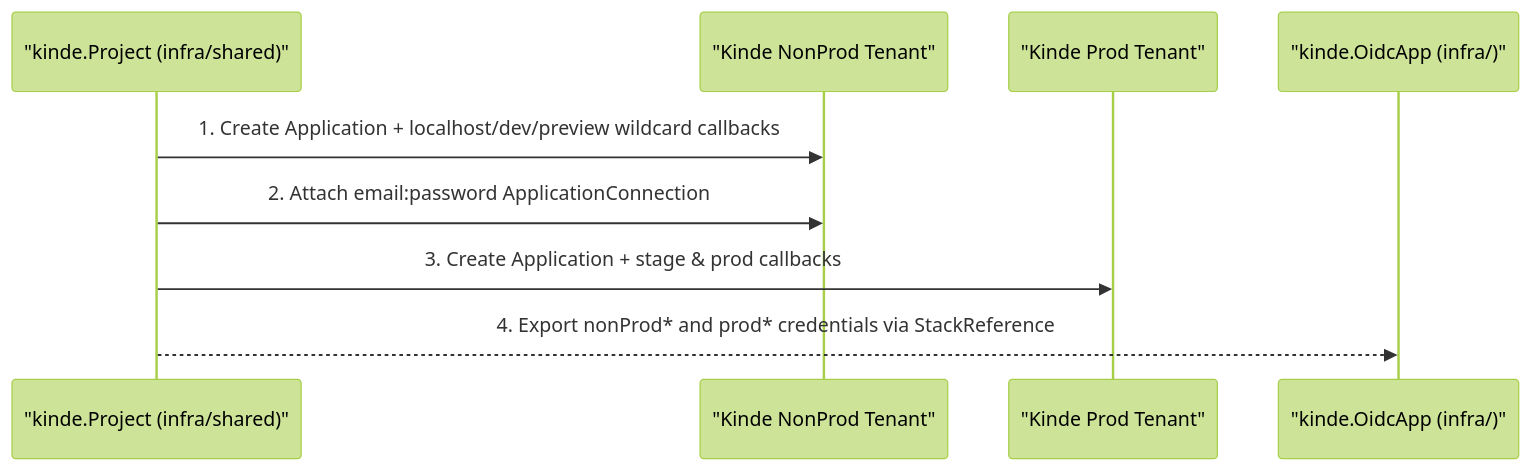
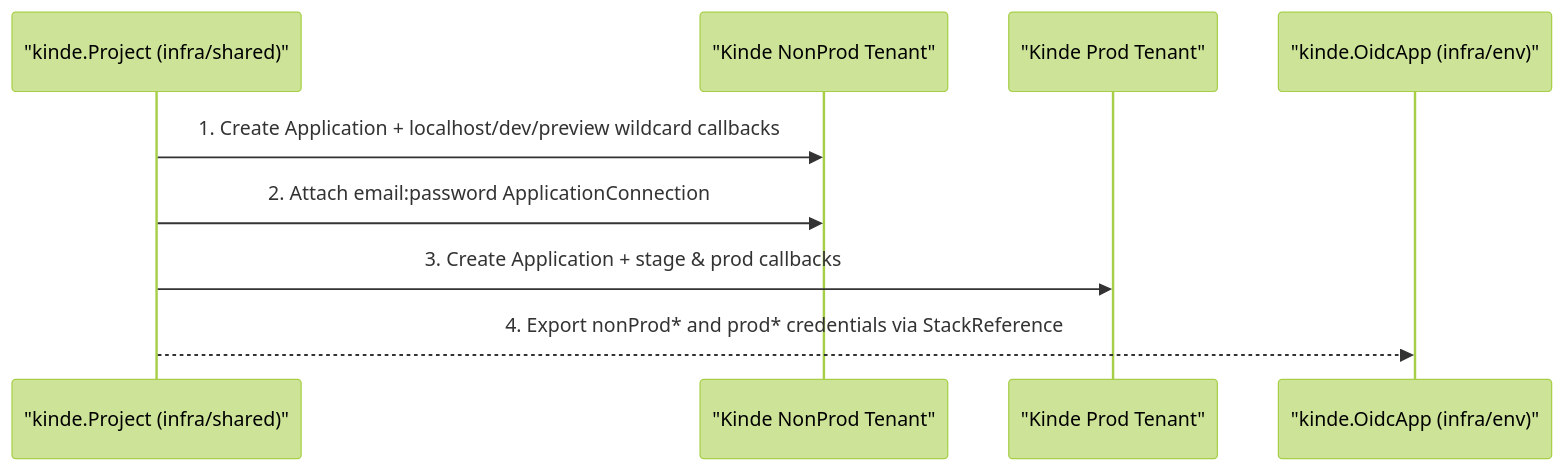
Before and after one commit to cloudvoyant/openbase: the second of 2 diagrams in docs/architecture/providers/kinde/index.md, drawn with Mermaid (forest theme). The commit also changed other lines of this file and 36 other files, not shown here.

First line of the commit message:
refactor(e2e,docs): standardize infra/{platform,shared,env} layout

````diff
--- a/docs/architecture/providers/kinde/index.md
+++ b/docs/architecture/providers/kinde/index.md
@@ -56,12 +56,12 @@
 ```mermaid
 sequenceDiagram
     participant Shared as "kinde.Project (infra/shared)"
     participant NonProdT as "Kinde NonProd Tenant"
     participant ProdT as "Kinde Prod Tenant"
-    participant Env as "kinde.OidcApp (infra/)"
+    participant Env as "kinde.OidcApp (infra/env)"
 
     Shared->>NonProdT: 1. Create Application + localhost/dev/preview wildcard callbacks
     Shared->>NonProdT: 2. Attach email:password ApplicationConnection
     Shared->>ProdT: 3. Create Application + stage & prod callbacks
     Shared-->>Env: 4. Export nonProd* and prod* credentials via StackReference
 ```
````
